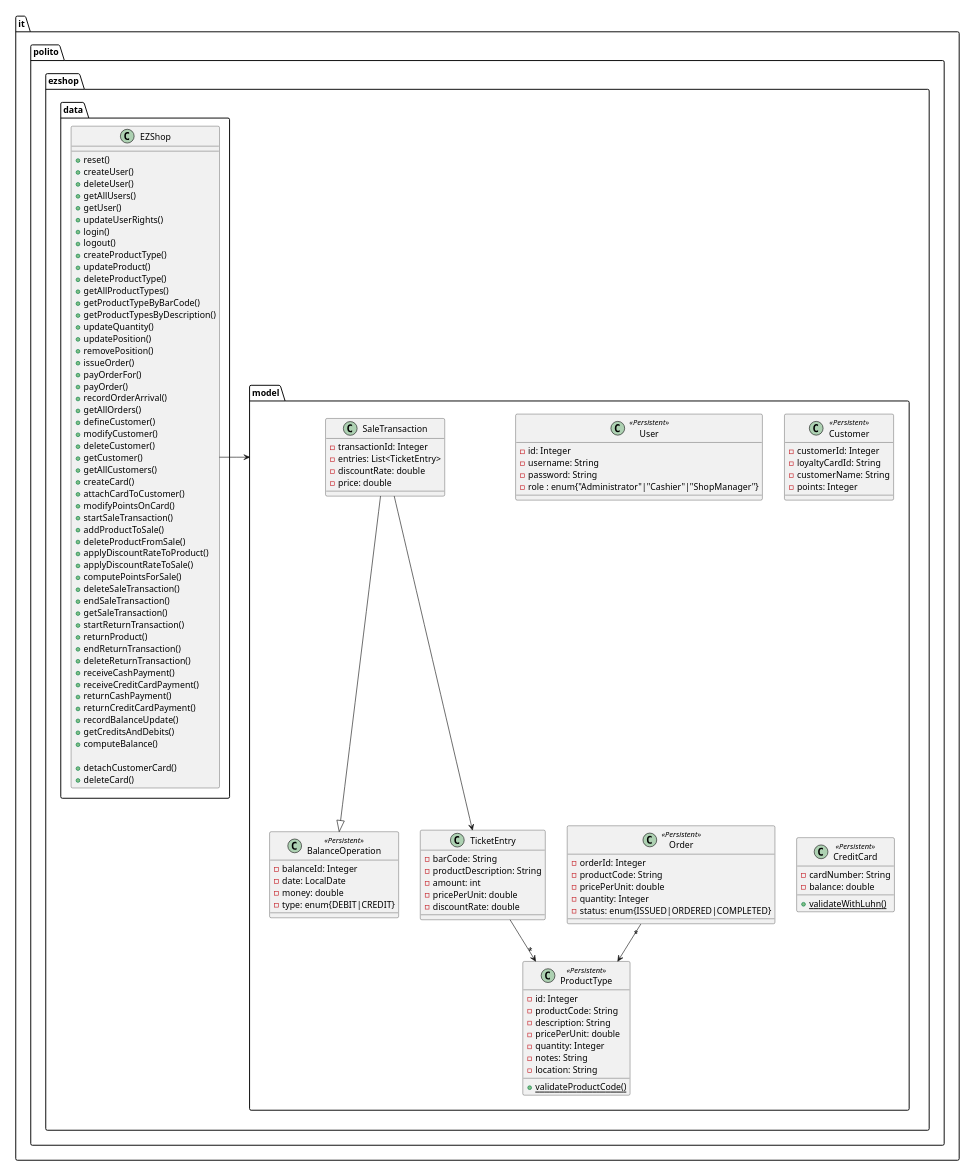
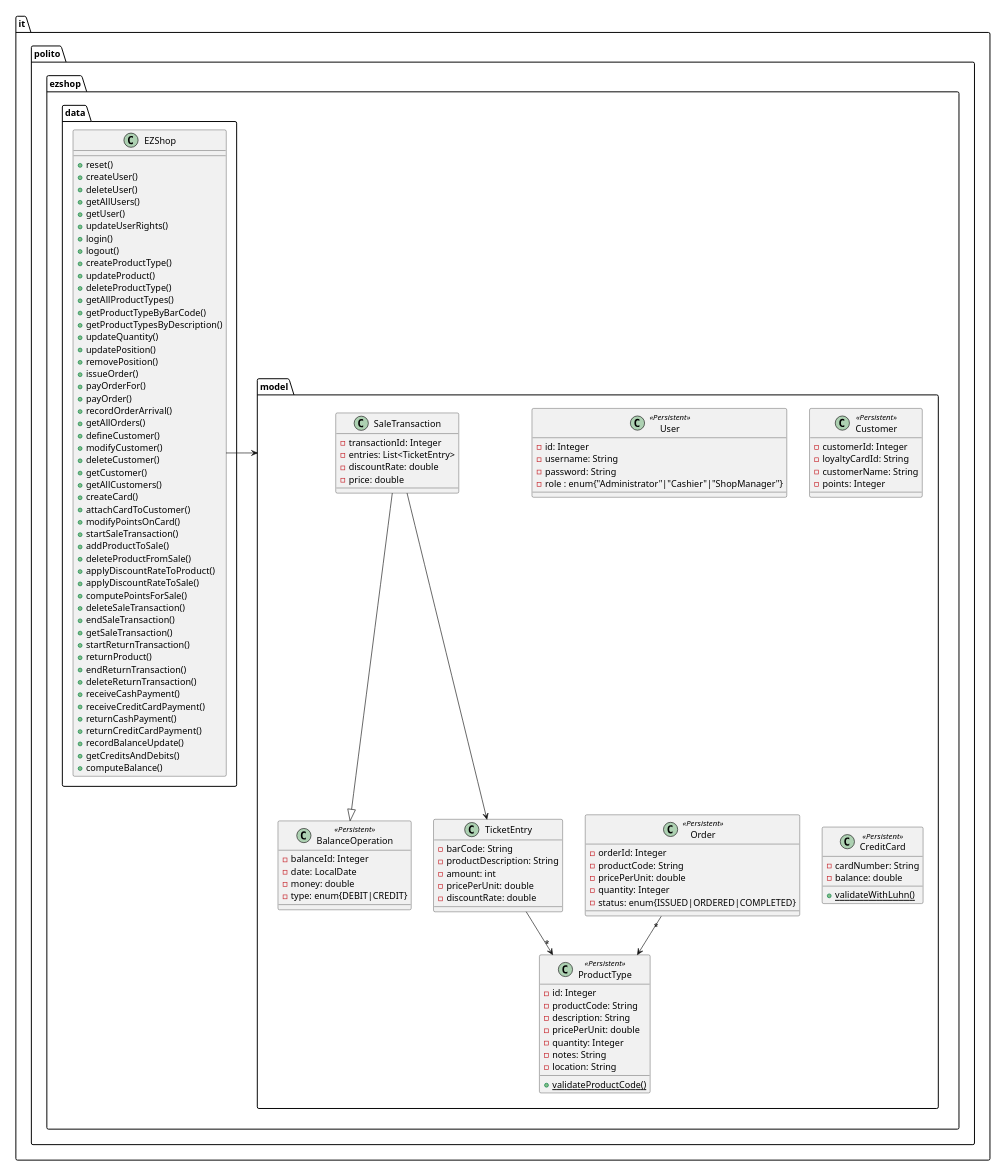
The second of 22 diagrams in Deliverables/DesignDocument.md (mkexc/ezshop), drawn with PlantUML before and after one commit. The commit also changed other lines of this file and 146 other files, not shown here.

```diff
--- a/Deliverables/DesignDocument.md
+++ b/Deliverables/DesignDocument.md
@@ -198,9 +198,6 @@
         + recordBalanceUpdate()
         + getCreditsAndDebits()
         + computeBalance()
-
-        + detachCustomerCard()
-        + deleteCard()
     }
 }
 
```
